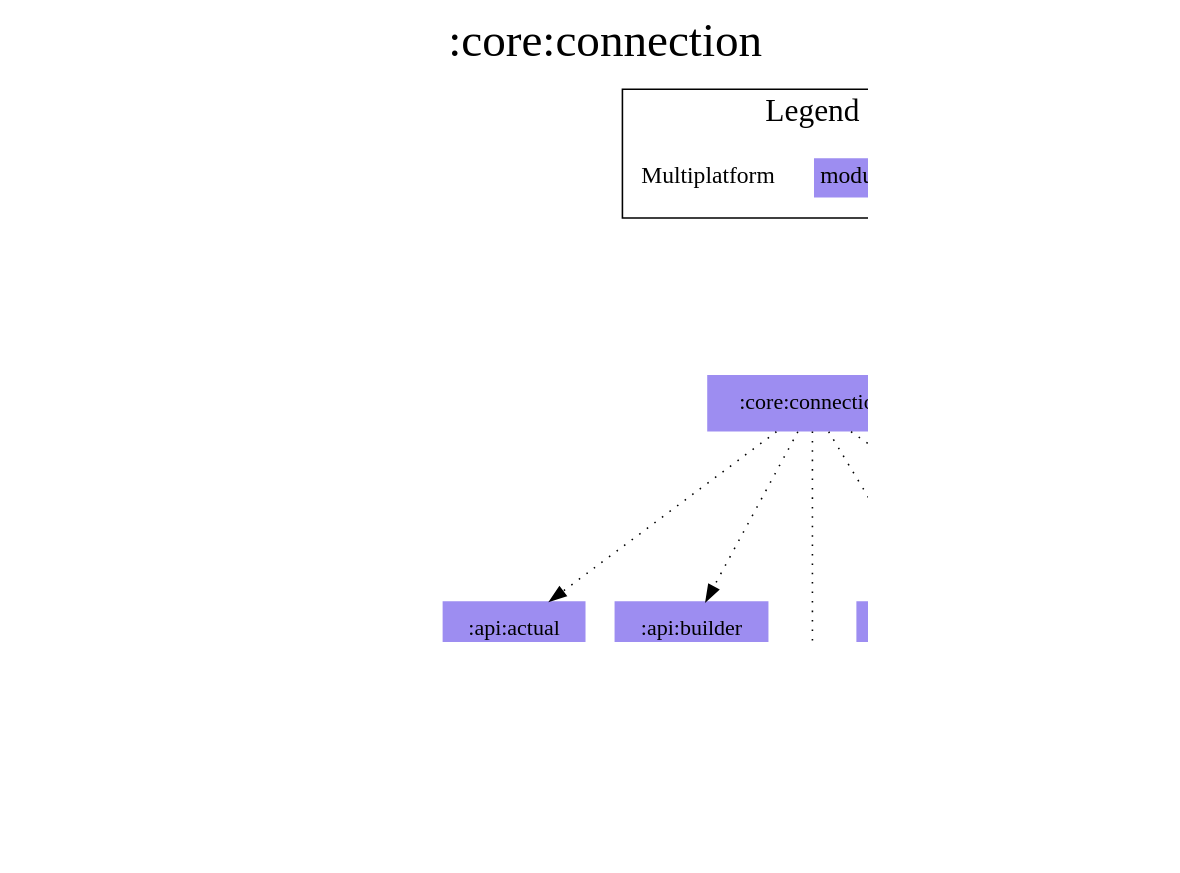
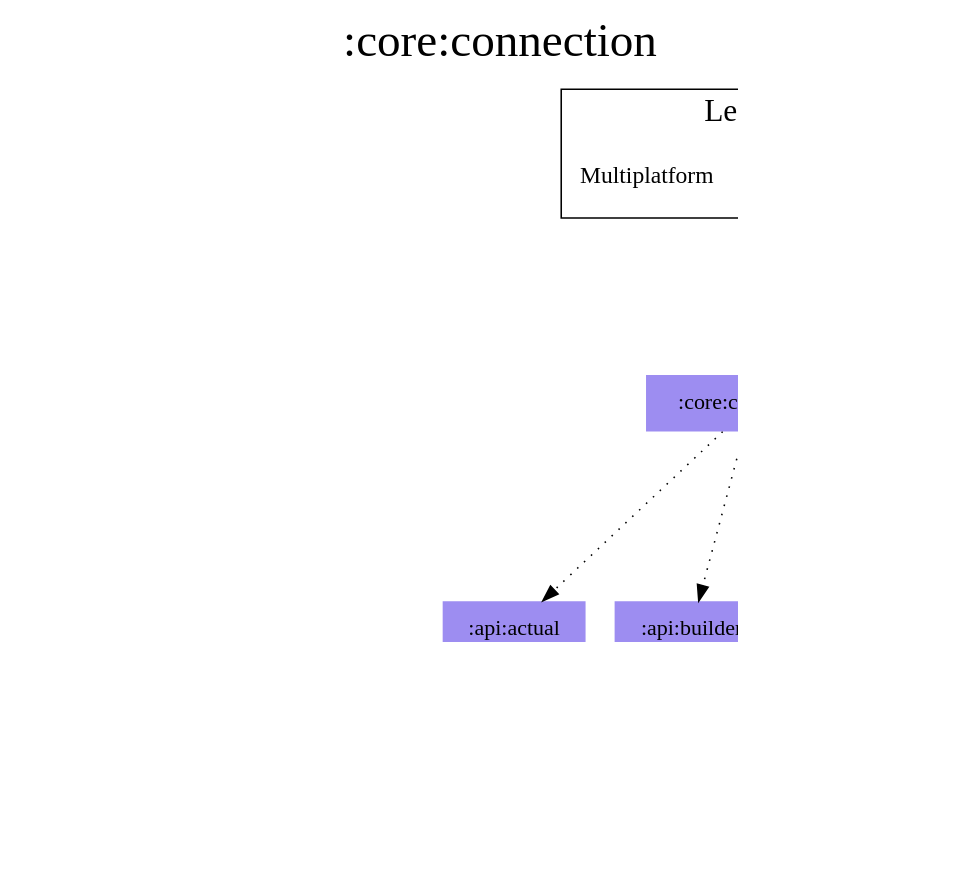
One commit to jonapoul/aktual changed the diagram in modules/core/connection/modules.dot. Above: the diagram before and after it, drawn with Graphviz. The commit also changed 59 other files, not shown here.

Commit message:
core:versions -> core:model

```diff
--- a/modules/core/connection/modules.dot
+++ b/modules/core/connection/modules.dot
@@ -1,38 +1,36 @@
 digraph {
 edge ["dir"="forward"]
 graph ["dpi"="100","label"=":core:connection","labelloc"="t","fontsize"="30","ranksep"="1.5","rankdir"="TB"]
 node ["style"="filled"]
 ":account:model" ["fillcolor"="#9D8DF1","shape"="none"]
 ":api:actual" ["fillcolor"="#9D8DF1","shape"="none"]
 ":api:builder" ["fillcolor"="#9D8DF1","shape"="none"]
 ":budget:model" ["fillcolor"="#9D8DF1","shape"="none"]
 ":codegen:annotation" ["fillcolor"="#9D8DF1","shape"="none"]
 ":core:connection" ["fillcolor"="#9D8DF1","shape"="none"]
 ":core:model" ["fillcolor"="#9D8DF1","shape"="none"]
-":core:versions" ["fillcolor"="#9D8DF1","shape"="none"]
 ":url:prefs" ["fillcolor"="#9D8DF1","shape"="none"]
 {
 edge ["dir"="none"]
 graph ["rank"="same"]
 }
 ":api:actual" -> ":account:model"
 ":api:actual" -> ":budget:model"
 ":api:actual" -> ":codegen:annotation" ["style"="dotted"]
 ":api:actual" -> ":core:model"
 ":api:builder" -> ":core:model"
 ":core:connection" -> ":api:actual" ["style"="dotted"]
 ":core:connection" -> ":api:builder" ["style"="dotted"]
 ":core:connection" -> ":core:model" ["style"="dotted"]
-":core:connection" -> ":core:versions" ["style"="dotted"]
 ":core:connection" -> ":url:prefs" ["style"="dotted"]
 ":url:prefs" -> ":core:model"
 subgraph "cluster_legend" {
 edge ["dir"="none"]
 graph ["label"="Legend","fontsize"="20"]
 "Legend" ["style"="filled","fillcolor"="#FFFFFF","shape"="none","margin"="0","fontsize"="15","label"=<
 <TABLE BORDER="0" CELLBORDER="0" CELLSPACING="0" CELLPADDING="4">
 <TR><TD>Multiplatform</TD><TD BGCOLOR="#9D8DF1">module-name</TD></TR>
 </TABLE>
 >]
 } -> ":core:connection" ["style"="invis"]
 }
```
